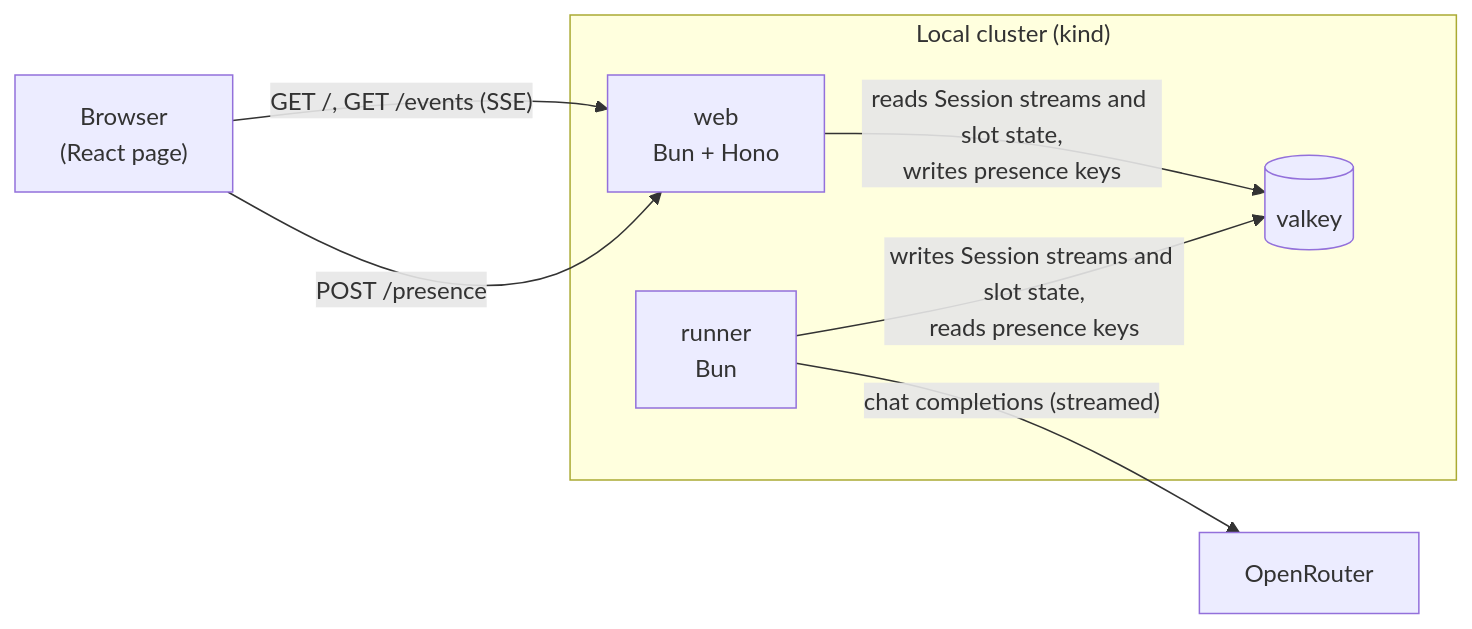
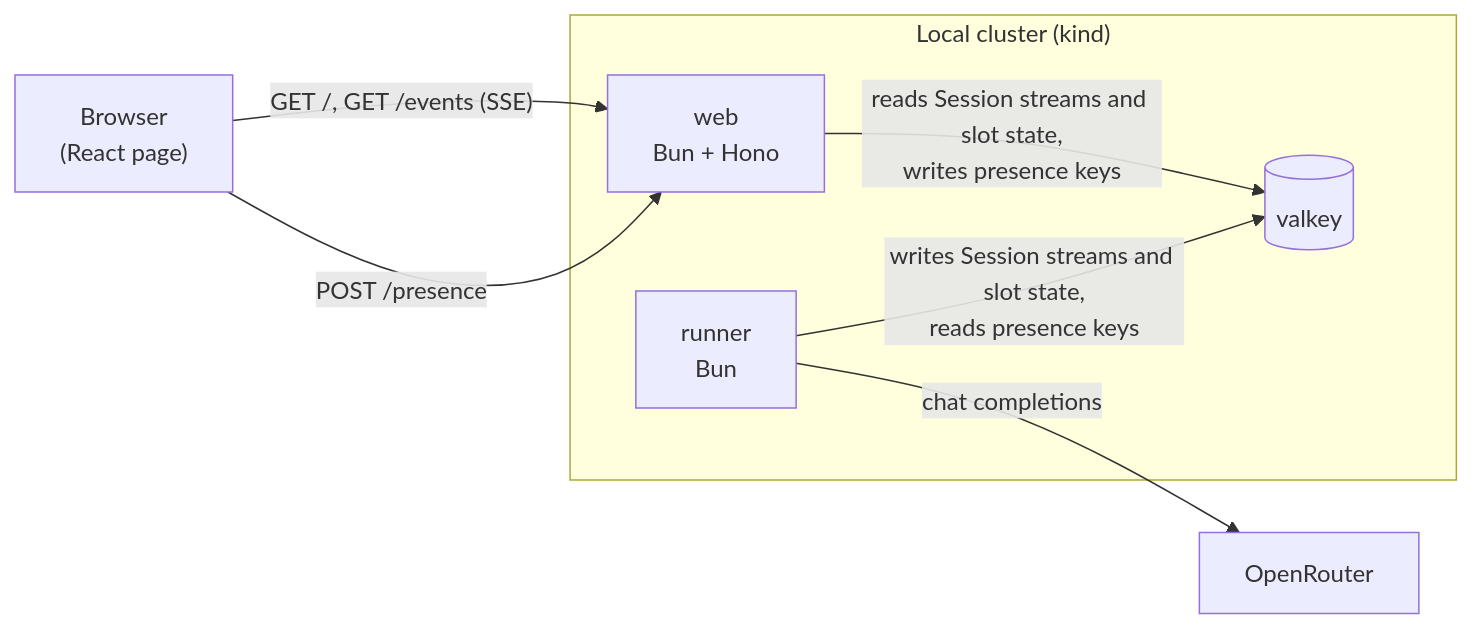
One commit to jparta/Explorer-and-Pretender changed the first of 3 diagrams in docs/phase-1/architecture.md. Above: the diagram before and after it, drawn with Mermaid. The commit also changed other lines of this file, not shown here.

First line of the commit message:
Switch the architecture to whole messages (D31)

````diff
--- a/docs/phase-1/architecture.md
+++ b/docs/phase-1/architecture.md
@@ -13,16 +13,16 @@
 ```mermaid
 flowchart LR
   browser["Browser<br/>(React page)"]
   subgraph cluster["Local cluster (kind)"]
     web["web<br/>Bun + Hono"]
     valkey[("valkey")]
     runner["runner<br/>Bun"]
   end
   openrouter["OpenRouter"]
 
   browser -- "GET /, GET /events (SSE)" --> web
   browser -- "POST /presence" --> web
   web -- "reads Session streams and slot state,<br/>writes presence keys" --> valkey
   runner -- "writes Session streams and slot state,<br/>reads presence keys" --> valkey
-  runner -- "chat completions (streamed)" --> openrouter
+  runner -- "chat completions" --> openrouter
 ```
````
